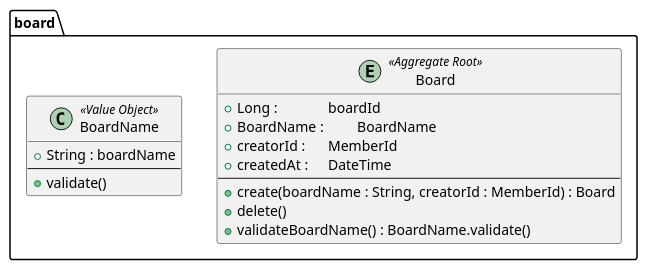
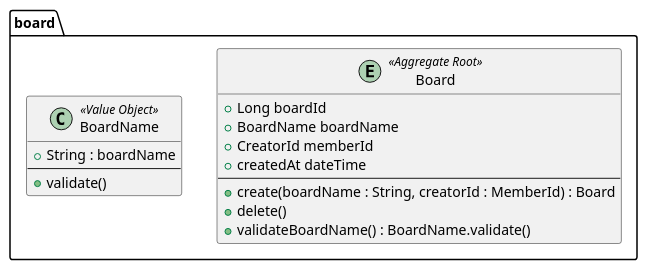
Before and after one commit to SimpleBoardTeam/simpleBoard-server: the diagram in document/puml/domain/boardcontext/boardAggregate.puml, drawn with PlantUML. The commit also changed 3 other files, not shown here.

```diff
--- a/document/puml/domain/boardcontext/boardAggregate.puml
+++ b/document/puml/domain/boardcontext/boardAggregate.puml
@@ -1,20 +1,20 @@
 @startuml
 package "board" {
     entity Board <<Aggregate Root>> {
-        +Long : \t\t boardId
-        +BoardName : \t BoardName
-        +creatorId : \t MemberId
-        +createdAt : \t DateTime
+        +Long boardId
+        +BoardName boardName
+        +CreatorId memberId
+        +createdAt dateTime
         --
         +create(boardName : String, creatorId : MemberId) : Board
         +delete()
         +validateBoardName() : BoardName.validate()
     }
     'VO
     class BoardName <<Value Object>> {
         +String : boardName
         --
         +validate()
      }
 }
 @enduml
```
